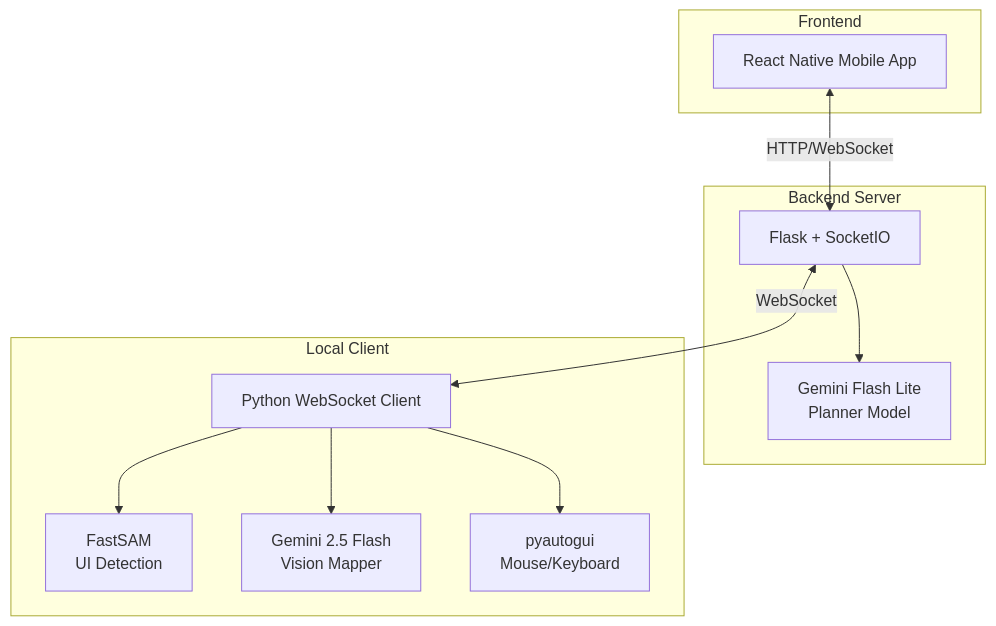
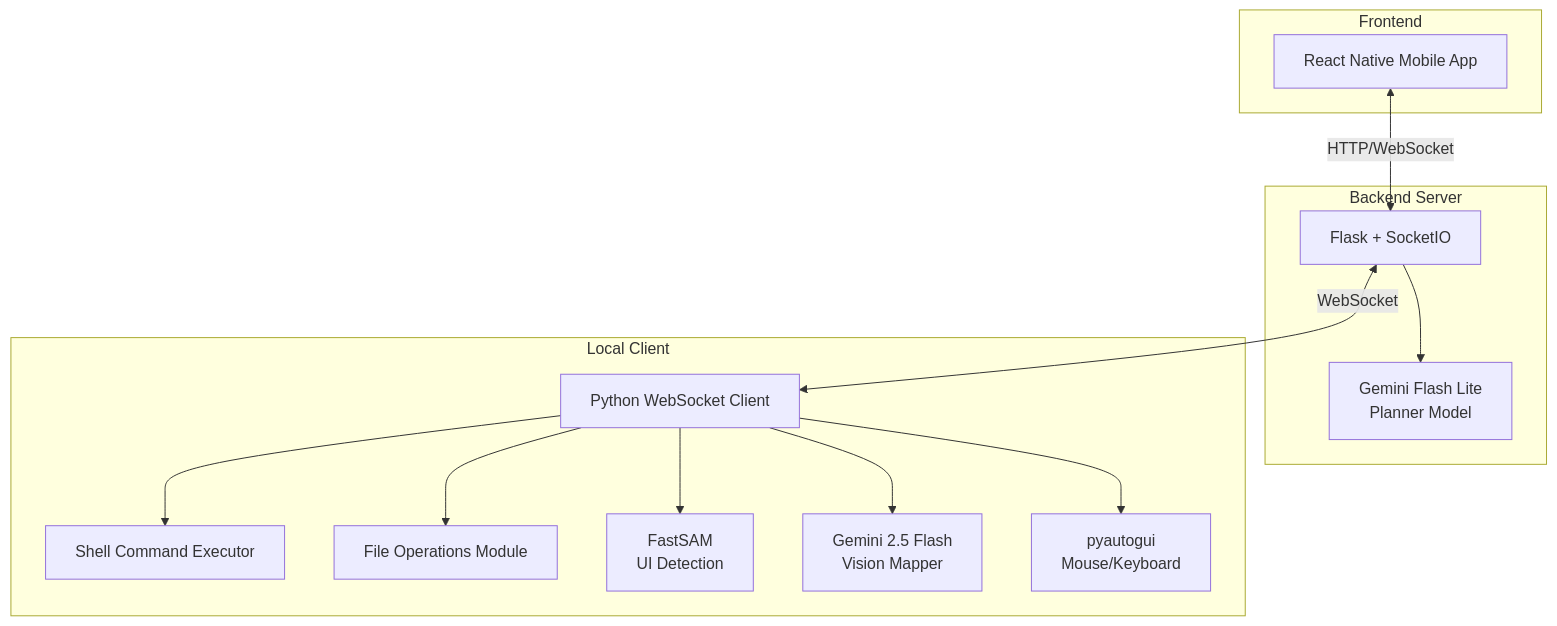
Before and after one commit to Bada-Don/Jarvis: the fifth of 7 diagrams in PROJECT_DOCUMENTATION.md, drawn with Mermaid. The commit also changed other lines of this file and 2 other files, not shown here.

````diff
--- a/PROJECT_DOCUMENTATION.md
+++ b/PROJECT_DOCUMENTATION.md
@@ -124,25 +197,29 @@
 ```mermaid
 graph TB
     subgraph Frontend
         A[React Native Mobile App]
     end
     
     subgraph Backend Server
         B[Flask + SocketIO]
         C[Gemini Flash Lite<br/>Planner Model]
     end
     
     subgraph Local Client
         D[Python WebSocket Client]
-        E[FastSAM<br/>UI Detection]
-        F[Gemini 2.5 Flash<br/>Vision Mapper]
-        G[pyautogui<br/>Mouse/Keyboard]
+        E[Shell Command Executor]
+        F[File Operations Module]
+        G[FastSAM<br/>UI Detection]
+        H[Gemini 2.5 Flash<br/>Vision Mapper]
+        I[pyautogui<br/>Mouse/Keyboard]
     end
     
     A <-->|HTTP/WebSocket| B
     B --> C
     B <-->|WebSocket| D
     D --> E
     D --> F
     D --> G
+    D --> H
+    D --> I
 ```
````
